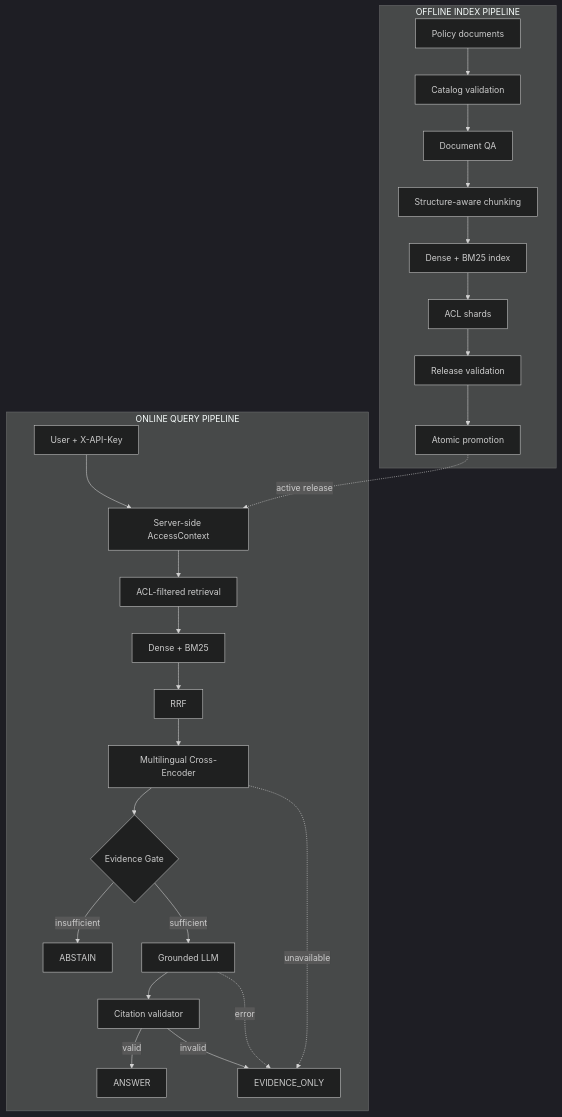
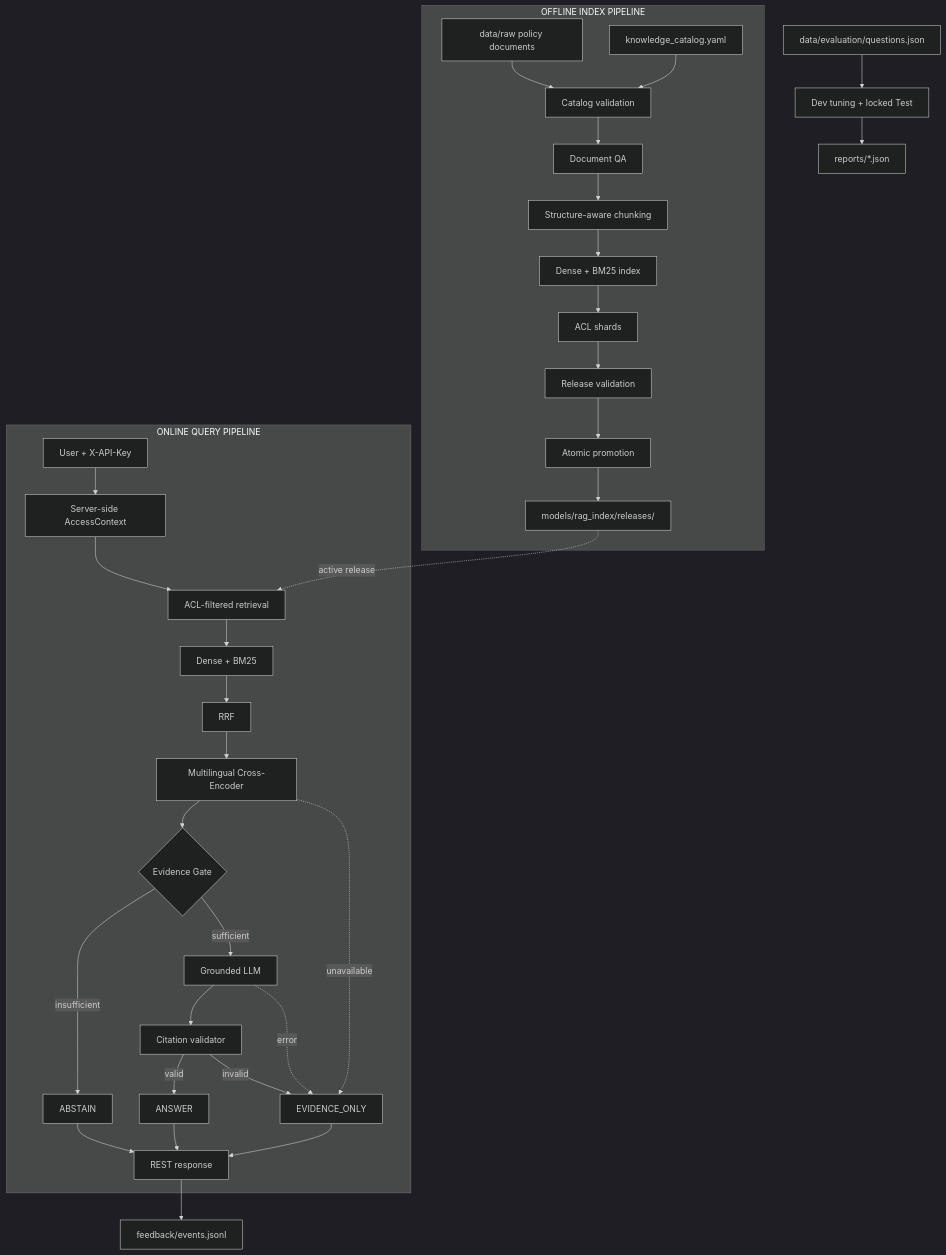
Before and after one commit to haminhthong/test-repo1: the diagram in README.md, drawn with Mermaid (dark theme). The commit also changed other lines of this file and 5 other files, not shown here.

```diff
--- a/README.md
+++ b/README.md
@@ -51,30 +58,38 @@
 ~~~mermaid
 flowchart TD
     subgraph OFFLINE["OFFLINE INDEX PIPELINE"]
-        D["Policy documents"] --> C["Catalog validation"]
+        D["data/raw policy documents"] --> C["Catalog validation"]
+        M["knowledge_catalog.yaml"] --> C
         C --> Q["Document QA"]
         Q --> K["Structure-aware chunking"]
         K --> I["Dense + BM25 index"]
         I --> S["ACL shards"]
         S --> V["Release validation"]
         V --> P["Atomic promotion"]
+        P --> R["models/rag_index/releases/<version>"]
     end
 
     subgraph ONLINE["ONLINE QUERY PIPELINE"]
         U["User + X-API-Key"] --> A["Server-side AccessContext"]
-        A --> R["ACL-filtered retrieval"]
-        R --> H["Dense + BM25"]
+        A --> AR["ACL-filtered retrieval"]
+        AR --> H["Dense + BM25"]
         H --> F["RRF"]
         F --> X["Multilingual Cross-Encoder"]
         X --> G{"Evidence Gate"}
         G -->|insufficient| AB["ABSTAIN"]
         G -->|sufficient| L["Grounded LLM"]
         L --> CV["Citation validator"]
         CV -->|valid| AN["ANSWER"]
         CV -->|invalid| EO["EVIDENCE_ONLY"]
         X -. unavailable .-> EO
         L -. error .-> EO
+        AB --> OUT["REST response"]
+        AN --> OUT
+        EO --> OUT
     end
 
-    P -. active release .-> A
+    R -. active release .-> AR
+    E["data/evaluation/questions.json"] --> T["Dev tuning + locked Test"]
+    T --> J["reports/*.json"]
+    OUT --> FB["feedback/events.jsonl"]
 ~~~
```
